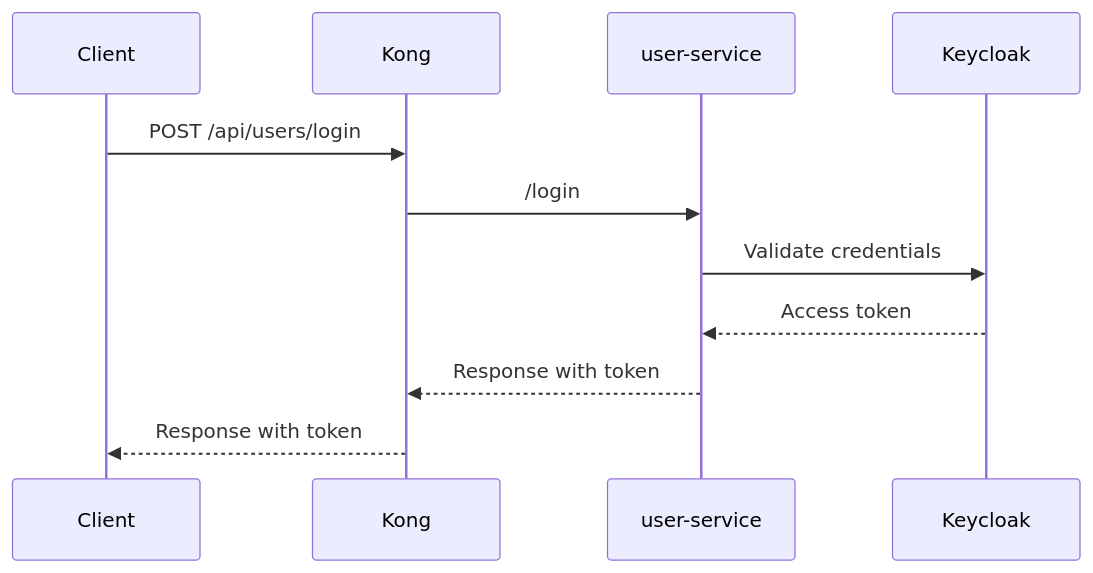
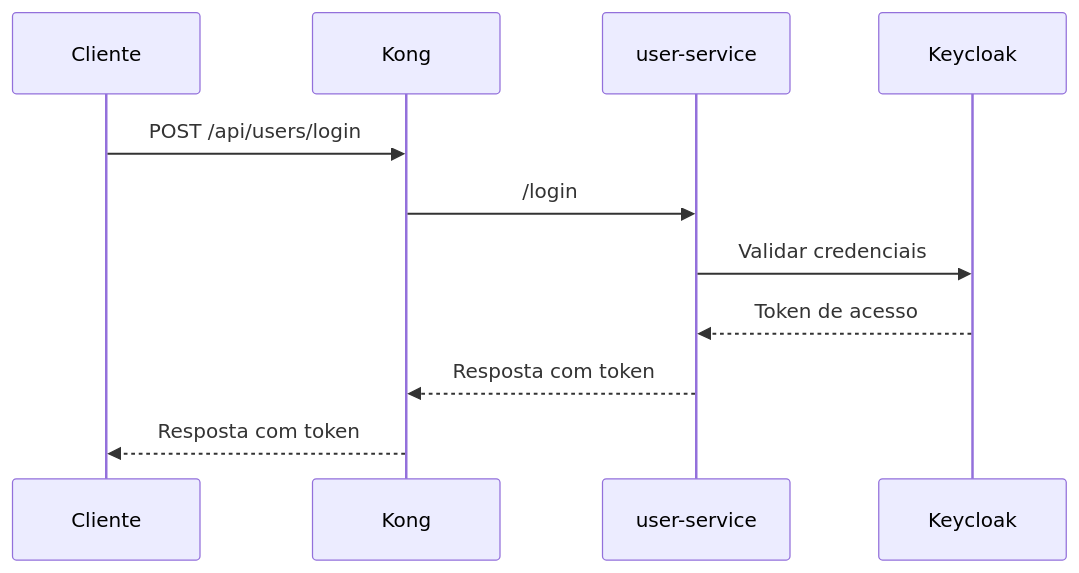
One commit to Thiagoldo/pos-unifametro-backend changed the seventh of 16 diagrams in docs/diagrams.md. Above: the diagram before and after it, drawn with Mermaid. The commit also changed other lines of this file, not shown here.

Commit message:
docs: translate diagrams.md to portuguese

````diff
--- a/docs/diagrams.md
+++ b/docs/diagrams.md
@@ -102,14 +102,14 @@
 ```mermaid
 sequenceDiagram
-    participant Client
+    participant Cliente
     participant Kong
     participant user-service
     participant Keycloak
 
-    Client->>Kong: POST /api/users/login
+    Cliente->>Kong: POST /api/users/login
     Kong->>user-service: /login
-    user-service->>Keycloak: Validate credentials
-    Keycloak-->>user-service: Access token
-    user-service-->>Kong: Response with token
-    Kong-->>Client: Response with token
+    user-service->>Keycloak: Validar credenciais
+    Keycloak-->>user-service: Token de acesso
+    user-service-->>Kong: Resposta com token
+    Kong-->>Cliente: Resposta com token
 ```
````
